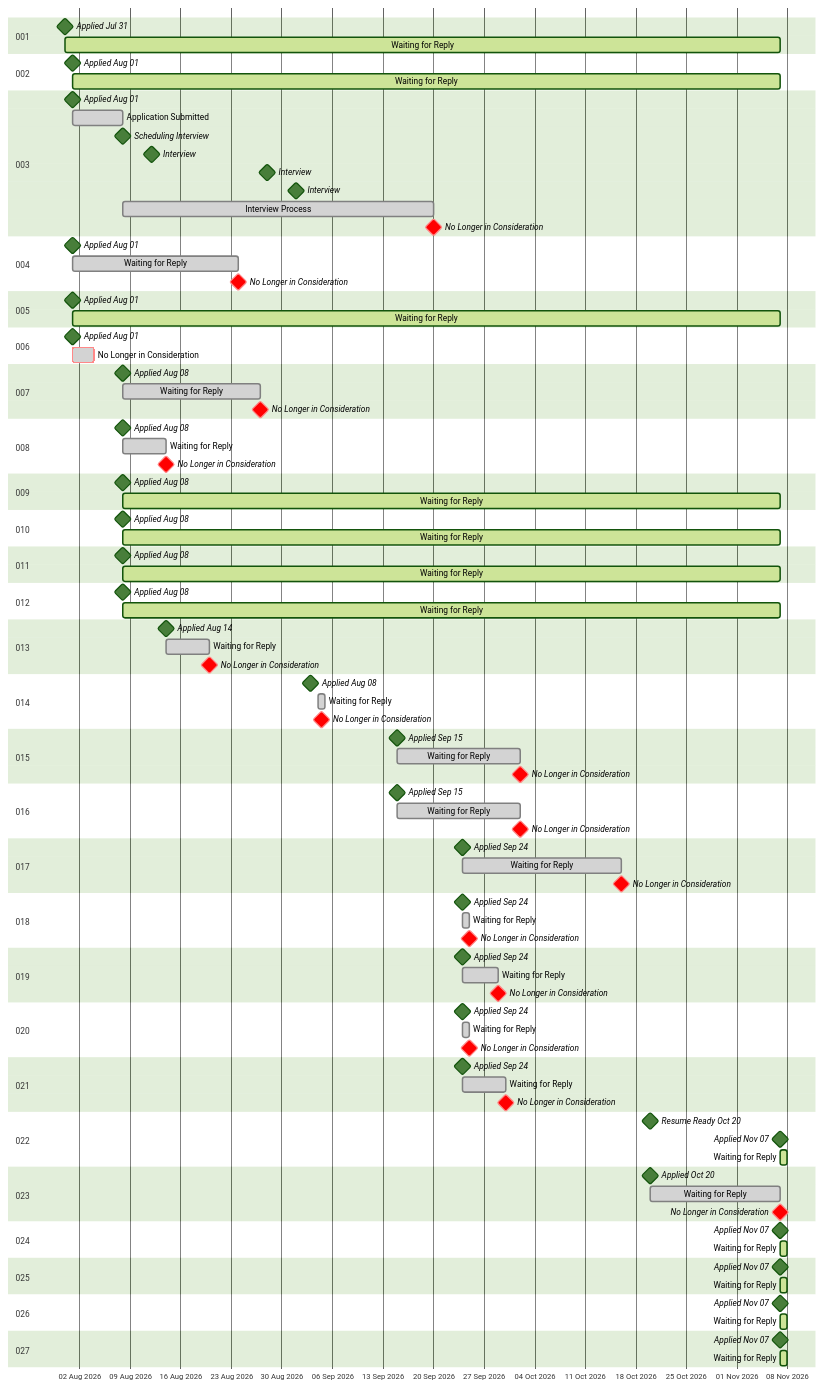
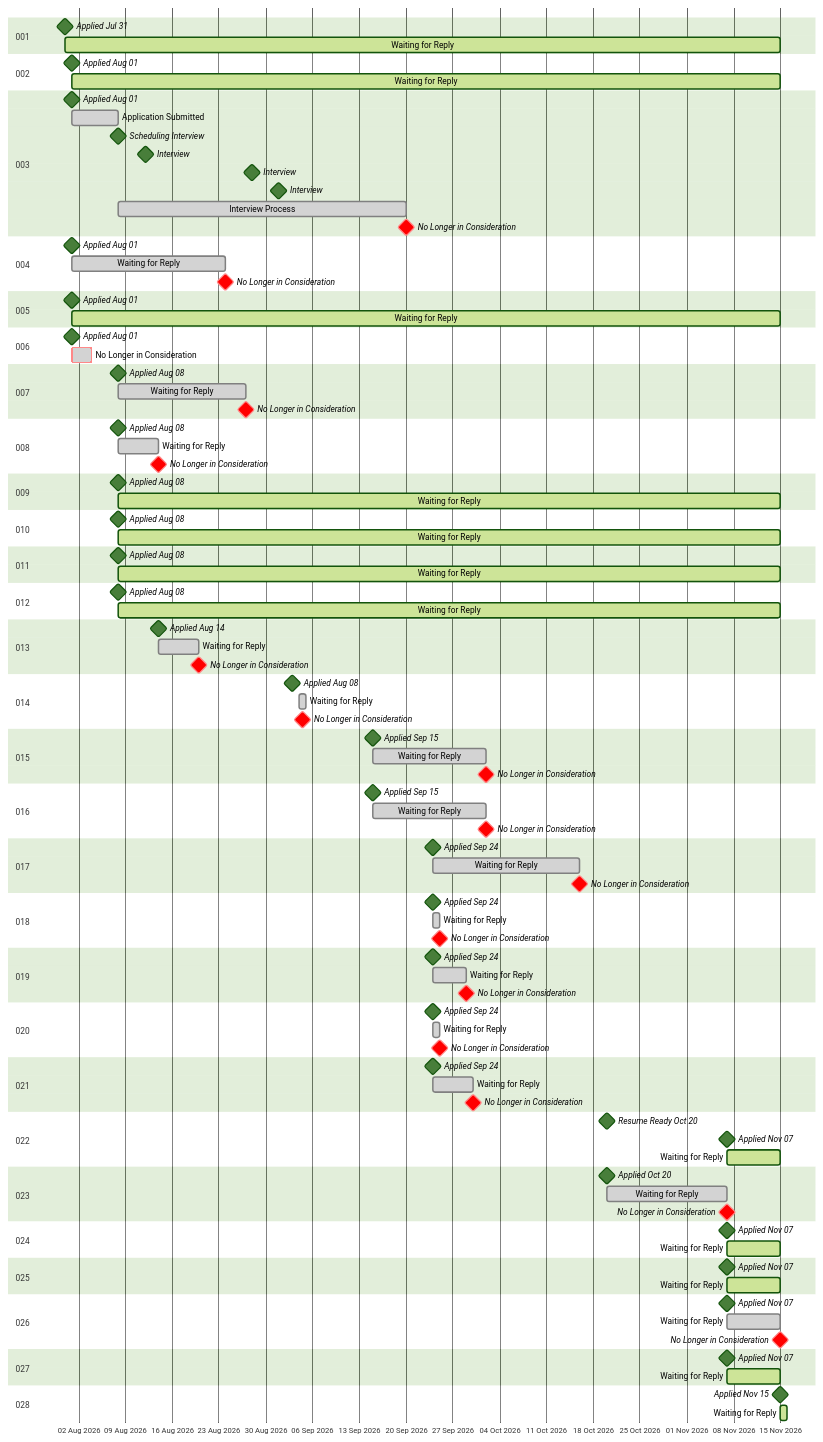
One commit to RileyBeenders/rileybeenders.com changed the diagram in README.md. Above: the diagram before and after it, drawn with Mermaid (forest theme). The commit also changed other lines of this file and 4 other files, not shown here.

````diff
--- a/README.md
+++ b/README.md
@@ -16,11 +16,11 @@
 
     section 001
     Applied Jul 31                  :milestone, 2026-07-31, 0d
-    Waiting for Reply               :active, 2026-07-31, 99d
+    Waiting for Reply               :active, 2026-07-31, 107d
 
     section 002
     Applied Aug 01                  :milestone, 2026-08-01, 0d
-    Waiting for Reply               :active, 2026-08-01, 98d
+    Waiting for Reply               :active, 2026-08-01, 106d
 
     section 003
     Applied Aug 01                  :milestone, 2026-08-01, 0d
@@ -39,7 +39,7 @@
 
     section 005
     Applied Aug 01                  :milestone, 2026-08-01, 0d
-    Waiting for Reply               :active, 2026-08-01, 98d
+    Waiting for Reply               :active, 2026-08-01, 106d
 
     section 006
     Applied Aug 01                  :milestone, 2026-08-01, 0d
@@ -57,19 +57,19 @@
 
     section 009
     Applied Aug 08                  :milestone, 2026-08-08, 0d
-    Waiting for Reply               :active, 2026-08-08, 91d
+    Waiting for Reply               :active, 2026-08-08, 99d
 
     section 010
     Applied Aug 08                  :milestone, 2026-08-08, 0d
-    Waiting for Reply               :active, 2026-08-08, 91d
+    Waiting for Reply               :active, 2026-08-08, 99d
 
     section 011
     Applied Aug 08                  :milestone, 2026-08-08, 0d
-    Waiting for Reply               :active, 2026-08-08, 91d
+    Waiting for Reply               :active, 2026-08-08, 99d
 
     section 012
     Applied Aug 08                  :milestone, 2026-08-08, 0d
-    Waiting for Reply               :active, 2026-08-08, 91d
+    Waiting for Reply               :active, 2026-08-08, 99d
 
     section 013
     Applied Aug 14                  :milestone, 2026-08-14, 0d
@@ -119,7 +119,7 @@
     section 022
     Resume Ready Oct 20             :milestone, 2026-10-20, 0d
     Applied Nov 07                  :milestone, 2026-11-07, 0d
-    Waiting for Reply               :active, 2026-11-07, 1d
+    Waiting for Reply               :active, 2026-11-07, 8d
 
     section 023
     Applied Oct 20                  :milestone, 2026-10-20, 0d
@@ -128,17 +128,22 @@
 
     section 024
     Applied Nov 07                  :milestone, 2026-11-07, 0d
-    Waiting for Reply               :active, 2026-11-07, 1d
+    Waiting for Reply               :active, 2026-11-07, 8d
 
     section 025
     Applied Nov 07                  :milestone, 2026-11-07, 0d
-    Waiting for Reply               :active, 2026-11-07, 1d
+    Waiting for Reply               :active, 2026-11-07, 8d
 
     section 026
     Applied Nov 07                  :milestone, 2026-11-07, 0d
-    Waiting for Reply               :active, 2026-11-07, 1d
+    Waiting for Reply               :done, 2026-11-07, 8d
+    No Longer in Consideration      :crit, milestone, 2026-11-15, 0d
 
     section 027
     Applied Nov 07                  :milestone, 2026-11-07, 0d
-    Waiting for Reply               :active, 2026-11-07, 1d
+    Waiting for Reply               :active, 2026-11-07, 8d
+
+    section 028
+    Applied Nov 15                  :milestone, 2026-11-15, 0d
+    Waiting for Reply               :active, 2026-11-15, 1d
 ```
````
